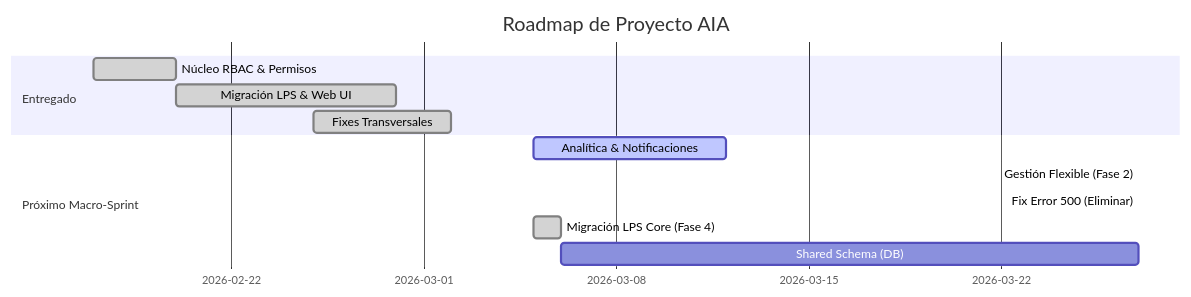
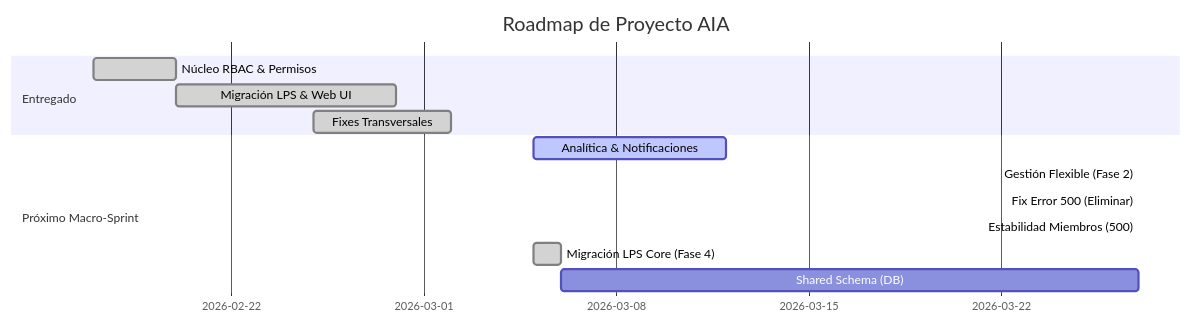
Before and after one commit to jbenite7/lastplanneraia-construccion: the diagram in ROADMAP.md, drawn with Mermaid. The commit also changed 5 other files, not shown here.

````diff
--- a/ROADMAP.md
+++ b/ROADMAP.md
@@ -13,15 +13,16 @@
 ```mermaid
 gantt
     title Roadmap de Proyecto AIA
     dateFormat  YYYY-MM-DD
     section Entregado
     Núcleo RBAC & Permisos       :done,    des1, 2026-02-17, 2026-02-20
     Migración LPS & Web UI       :done,    des2, 2026-02-20, 2026-02-28
     Fixes Transversales          :done,    des3, 2026-02-25, 2026-03-02
     section Próximo Macro-Sprint
     Analítica & Notificaciones  :active,  des4, 2026-03-05, 7d
     Gestión Flexible (Fase 2)    :done,    des7, 2026-03-27, 2026-03-27
     Fix Error 500 (Eliminar)    :done,    des8, 2026-03-27, 2026-03-27
+    Estabilidad Miembros (500)  :done,    des9, 2026-03-27, 2026-03-27
     Migración LPS Core (Fase 4) :done,    des6, 2026-03-05, 2026-03-06
     Shared Schema (DB)         :         des5, after des6, 21d
 ```
````
